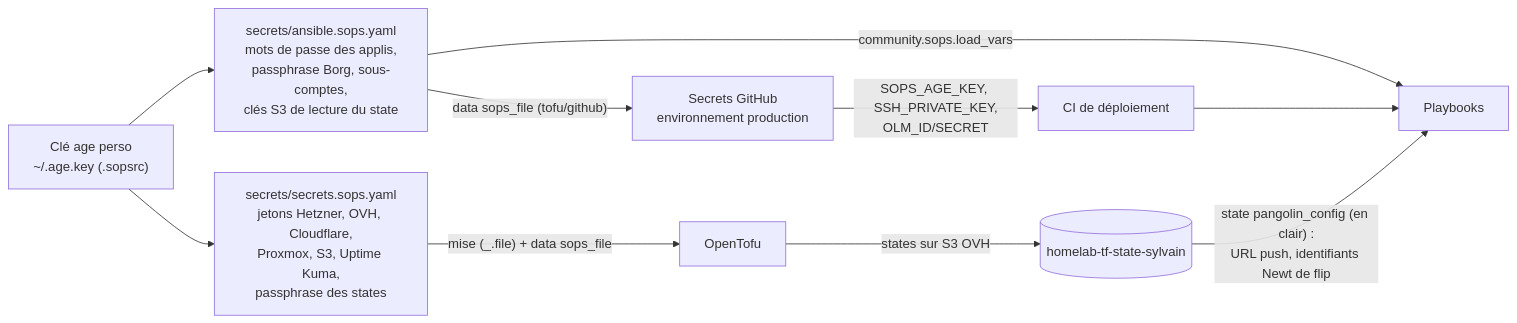
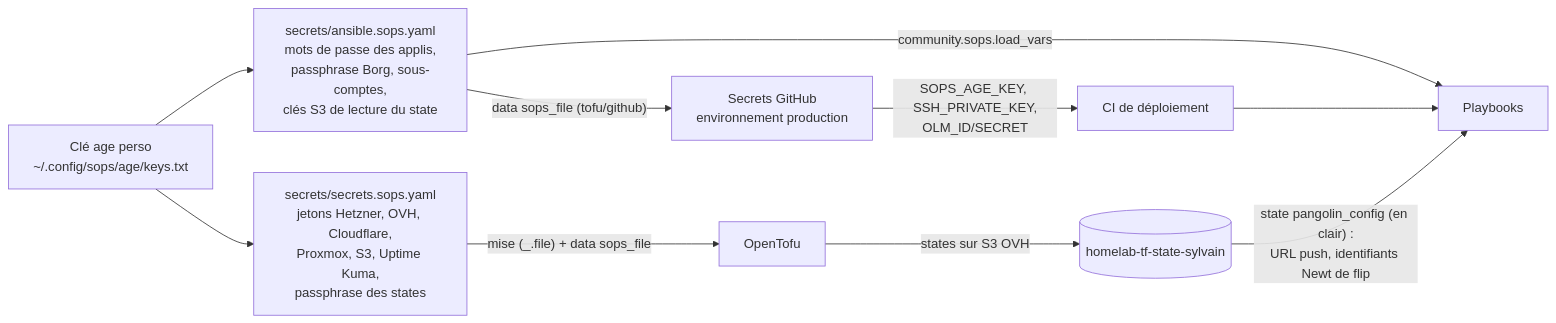
The second of 4 diagrams in docs/architecture.md (sylvainmetayer/homelab), drawn with Mermaid before and after one commit. The commit also changed 3 other files, not shown here.

First line of the commit message:
chore(sops): .sopsrc vers ~/.config/sops/age/keys.txt

````diff
--- a/docs/architecture.md
+++ b/docs/architecture.md
@@ -193,15 +193,15 @@
 ```mermaid
 flowchart LR
-  agekey["Clé age perso<br/>~/.age.key (.sopsrc)"]
+  agekey["Clé age perso<br/>~/.config/sops/age/keys.txt"]
   root["secrets/secrets.sops.yaml<br/>jetons Hetzner, OVH, Cloudflare,<br/>Proxmox, S3, Uptime Kuma,<br/>passphrase des states"]
   ans["secrets/ansible.sops.yaml<br/>mots de passe des applis,<br/>passphrase Borg, sous-comptes,<br/>clés S3 de lecture du state"]
   agekey --> root
   agekey --> ans
   root -- "mise (_.file) + data sops_file" --> tofu[OpenTofu]
   ans -- "community.sops.load_vars" --> ansible[Playbooks]
   ans -- "data sops_file (tofu/github)" --> gh["Secrets GitHub<br/>environnement production"]
   gh -- "SOPS_AGE_KEY, SSH_PRIVATE_KEY,<br/>OLM_ID/SECRET" --> ci[CI de déploiement]
   ci --> ansible
   tofu -- "states sur S3 OVH" --> s3[("homelab-tf-state-sylvain")]
   s3 -- "state pangolin_config (en clair) :<br/>URL push, identifiants Newt de flip" --> ansible
 ```
````
